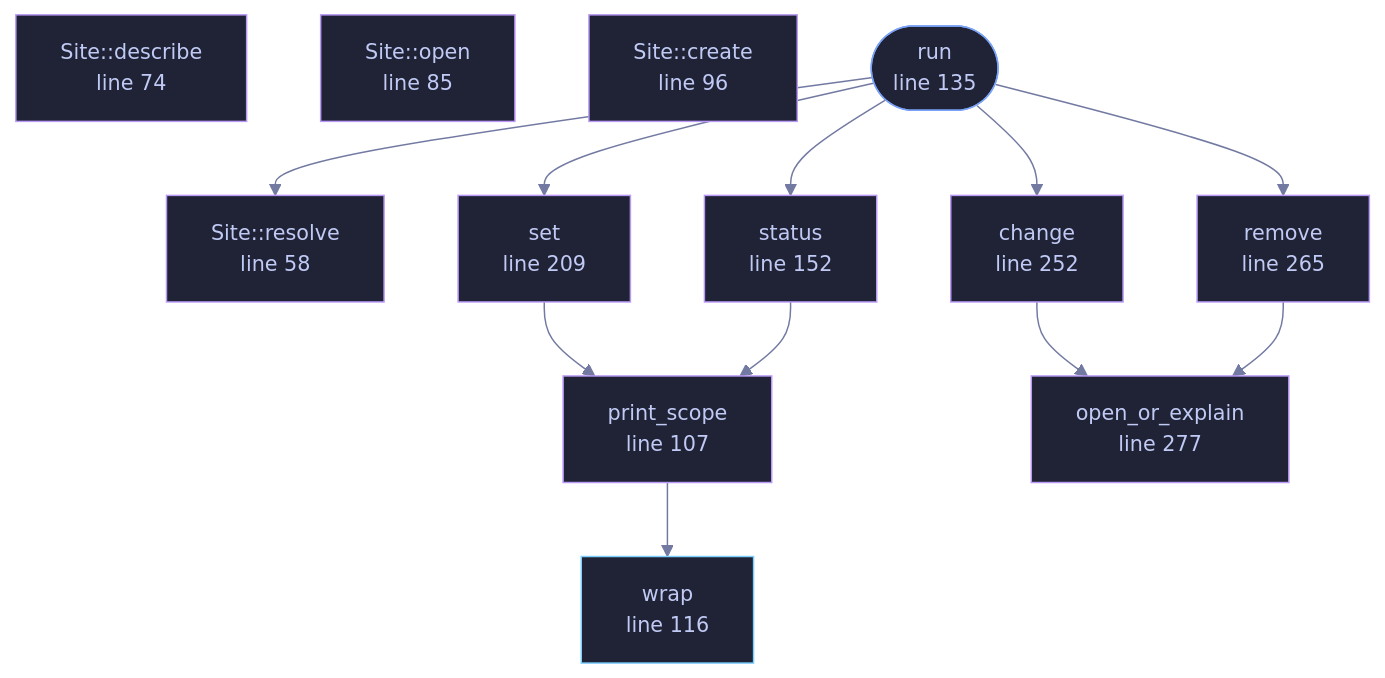
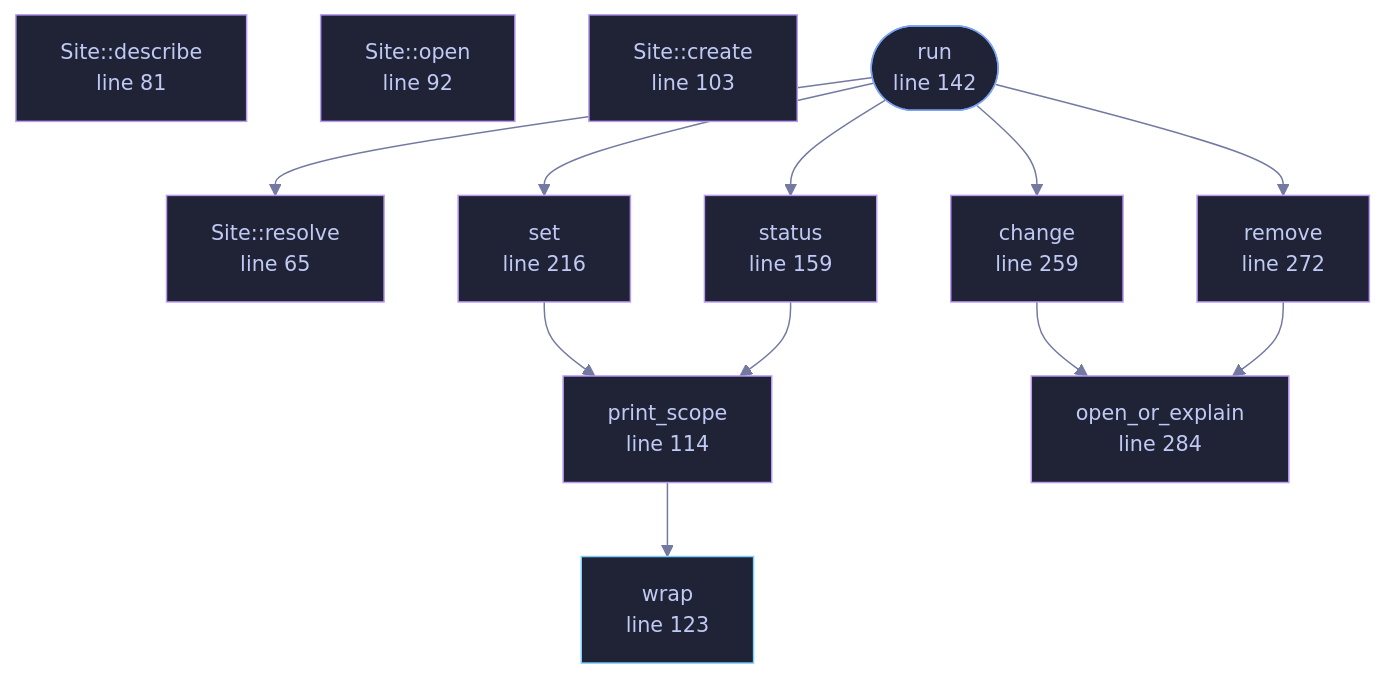
Before and after one commit to tilas01/veilvoice: the diagram in docs/files/veilvoice-cli/lock.md, drawn with Mermaid. The commit also changed other lines of this file and 85 other files, not shown here.

````diff
--- a/docs/files/veilvoice-cli/lock.md
+++ b/docs/files/veilvoice-cli/lock.md
@@ -75,44 +75,44 @@
 ```mermaid
 %%{init: {"theme":"base","themeVariables":{"background":"#1a1b26","primaryColor":"#1f2335","primaryTextColor":"#c0caf5","primaryBorderColor":"#7aa2f7","secondaryColor":"#16161e","tertiaryColor":"#16161e","lineColor":"#737aa2","textColor":"#c0caf5","mainBkg":"#1f2335","nodeBorder":"#7aa2f7","clusterBkg":"#16161e","clusterBorder":"#2f3549","fontFamily":"ui-monospace, SFMono-Regular, Consolas, monospace","fontSize":"14px"}}}%%
 flowchart TD
-    n_resolve["Site::resolve<br/>line 58"]
-    n_describe["Site::describe<br/>line 74"]
-    n_open["Site::open<br/>line 85"]
-    n_create["Site::create<br/>line 96"]
-    n_print_scope["print_scope<br/>line 107"]
-    n_wrap["wrap<br/>line 116"]
-    n_run(["run<br/>line 135"])
-    n_status["status<br/>line 152"]
-    n_set["set<br/>line 209"]
-    n_change["change<br/>line 252"]
-    n_remove["remove<br/>line 265"]
-    n_open_or_explain["open_or_explain<br/>line 277"]
+    n_resolve["Site::resolve<br/>line 65"]
+    n_describe["Site::describe<br/>line 81"]
+    n_open["Site::open<br/>line 92"]
+    n_create["Site::create<br/>line 103"]
+    n_print_scope["print_scope<br/>line 114"]
+    n_wrap["wrap<br/>line 123"]
+    n_run(["run<br/>line 142"])
+    n_status["status<br/>line 159"]
+    n_set["set<br/>line 216"]
+    n_change["change<br/>line 259"]
+    n_remove["remove<br/>line 272"]
+    n_open_or_explain["open_or_explain<br/>line 284"]
     n_change --> n_open_or_explain
     n_print_scope --> n_wrap
     n_remove --> n_open_or_explain
     n_run --> n_change
     n_run --> n_remove
     n_run --> n_resolve
     n_run --> n_set
     n_run --> n_status
     n_set --> n_print_scope
     n_status --> n_print_scope
-    click n_resolve href "https://github.com/tilas01/veilvoice/blob/main/crates/veilvoice-cli/src/lock.rs#L58" "open the source"
-    click n_describe href "https://github.com/tilas01/veilvoice/blob/main/crates/veilvoice-cli/src/lock.rs#L74" "open the source"
-    click n_open href "https://github.com/tilas01/veilvoice/blob/main/crates/veilvoice-cli/src/lock.rs#L85" "open the source"
-    click n_create href "https://github.com/tilas01/veilvoice/blob/main/crates/veilvoice-cli/src/lock.rs#L96" "open the source"
-    click n_print_scope href "https://github.com/tilas01/veilvoice/blob/main/crates/veilvoice-cli/src/lock.rs#L107" "open the source"
-    click n_wrap href "https://github.com/tilas01/veilvoice/blob/main/crates/veilvoice-cli/src/lock.rs#L116" "open the source"
-    click n_run href "https://github.com/tilas01/veilvoice/blob/main/crates/veilvoice-cli/src/lock.rs#L135" "open the source"
-    click n_status href "https://github.com/tilas01/veilvoice/blob/main/crates/veilvoice-cli/src/lock.rs#L152" "open the source"
-    click n_set href "https://github.com/tilas01/veilvoice/blob/main/crates/veilvoice-cli/src/lock.rs#L209" "open the source"
-    click n_change href "https://github.com/tilas01/veilvoice/blob/main/crates/veilvoice-cli/src/lock.rs#L252" "open the source"
-    click n_remove href "https://github.com/tilas01/veilvoice/blob/main/crates/veilvoice-cli/src/lock.rs#L265" "open the source"
-    click n_open_or_explain href "https://github.com/tilas01/veilvoice/blob/main/crates/veilvoice-cli/src/lock.rs#L277" "open the source"
+    click n_resolve href "https://github.com/tilas01/veilvoice/blob/main/crates/veilvoice-cli/src/lock.rs#L65" "open the source"
+    click n_describe href "https://github.com/tilas01/veilvoice/blob/main/crates/veilvoice-cli/src/lock.rs#L81" "open the source"
+    click n_open href "https://github.com/tilas01/veilvoice/blob/main/crates/veilvoice-cli/src/lock.rs#L92" "open the source"
+    click n_create href "https://github.com/tilas01/veilvoice/blob/main/crates/veilvoice-cli/src/lock.rs#L103" "open the source"
+    click n_print_scope href "https://github.com/tilas01/veilvoice/blob/main/crates/veilvoice-cli/src/lock.rs#L114" "open the source"
+    click n_wrap href "https://github.com/tilas01/veilvoice/blob/main/crates/veilvoice-cli/src/lock.rs#L123" "open the source"
+    click n_run href "https://github.com/tilas01/veilvoice/blob/main/crates/veilvoice-cli/src/lock.rs#L142" "open the source"
+    click n_status href "https://github.com/tilas01/veilvoice/blob/main/crates/veilvoice-cli/src/lock.rs#L159" "open the source"
+    click n_set href "https://github.com/tilas01/veilvoice/blob/main/crates/veilvoice-cli/src/lock.rs#L216" "open the source"
+    click n_change href "https://github.com/tilas01/veilvoice/blob/main/crates/veilvoice-cli/src/lock.rs#L259" "open the source"
+    click n_remove href "https://github.com/tilas01/veilvoice/blob/main/crates/veilvoice-cli/src/lock.rs#L272" "open the source"
+    click n_open_or_explain href "https://github.com/tilas01/veilvoice/blob/main/crates/veilvoice-cli/src/lock.rs#L284" "open the source"
     classDef entry fill:#1f2335,stroke:#7aa2f7,color:#c0caf5
     class n_run entry
     classDef api fill:#1f2335,stroke:#7dcfff,color:#c0caf5
     class n_wrap api
     classDef helper fill:#1f2335,stroke:#bb9af7,color:#c0caf5
     class n_resolve,n_describe,n_open,n_create,n_print_scope,n_status,n_set,n_change,n_remove,n_open_or_explain helper
 ```
````
